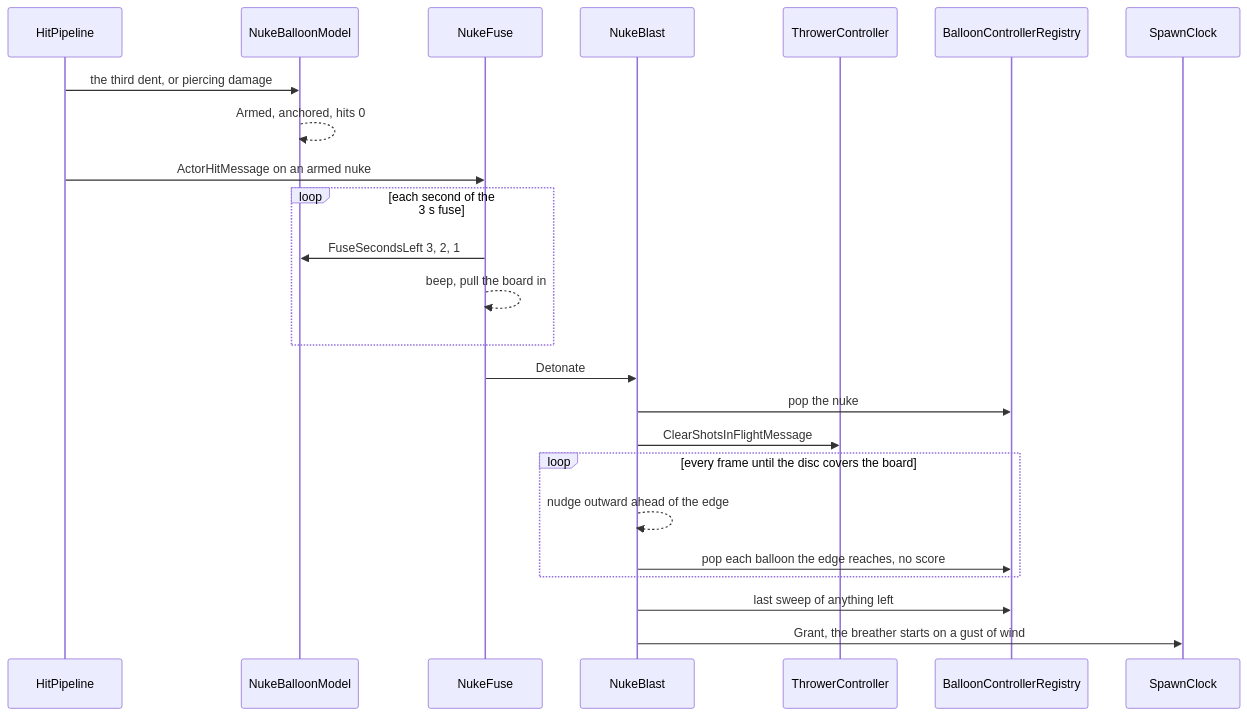
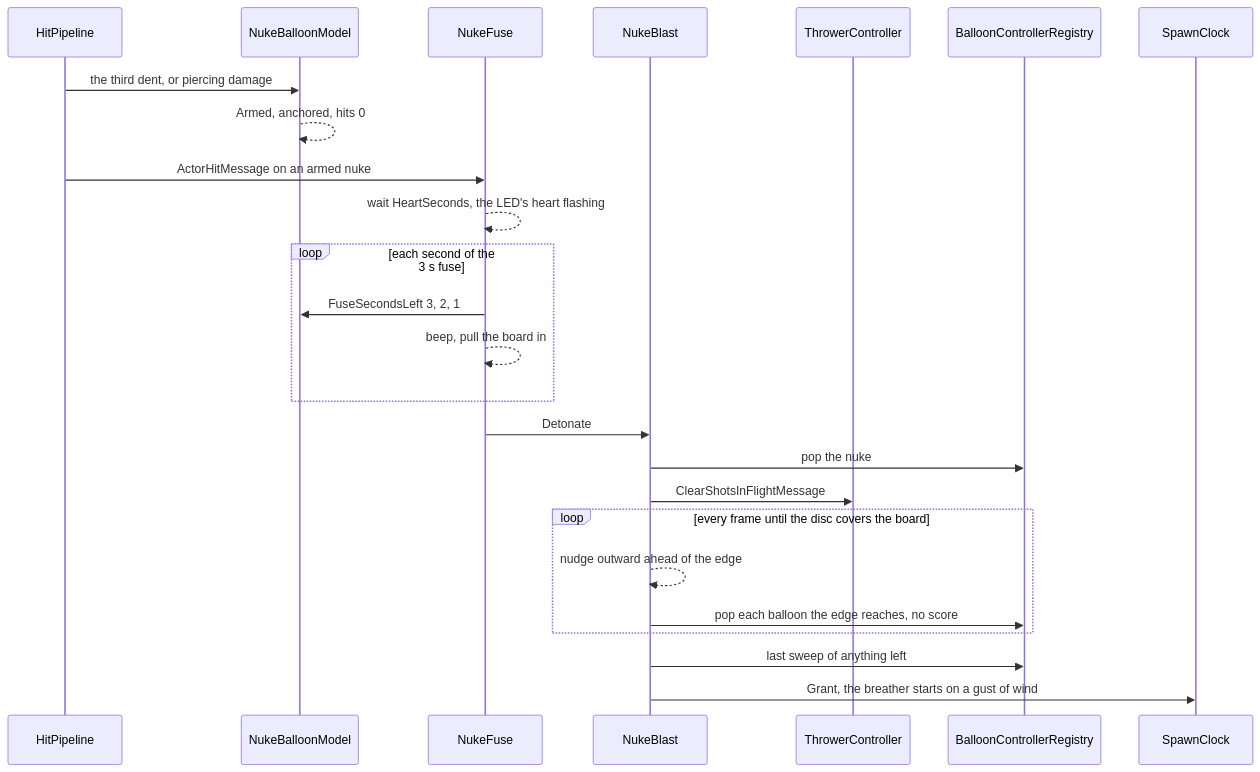
Before and after one commit to jose-villegas/BalloonParty: the diagram in Assets/Source/Plans/PLAN-NukeBalloon.md, drawn with Mermaid. The commit also changed other lines of this file and 9 other files, not shown here.

````diff
--- a/Assets/Source/Plans/PLAN-NukeBalloon.md
+++ b/Assets/Source/Plans/PLAN-NukeBalloon.md
@@ -78,26 +82,27 @@
 ```mermaid
 sequenceDiagram
     participant Hit as HitPipeline
     participant Model as NukeBalloonModel
     participant Fuse as NukeFuse
     participant Blast as NukeBlast
     participant Thrower as ThrowerController
     participant Registry as BalloonControllerRegistry
     participant Clock as SpawnClock
     Hit->>Model: the third dent, or piercing damage
     Model-->>Model: Armed, anchored, hits 0
     Hit->>Fuse: ActorHitMessage on an armed nuke
+    Fuse-->>Fuse: wait HeartSeconds, the LED's heart flashing
     loop each second of the 3 s fuse
         Fuse->>Model: FuseSecondsLeft 3, 2, 1
         Fuse-->>Fuse: beep, pull the board in
     end
     Fuse->>Blast: Detonate
     Blast->>Registry: pop the nuke
     Blast->>Thrower: ClearShotsInFlightMessage
     loop every frame until the disc covers the board
         Blast-->>Blast: nudge outward ahead of the edge
         Blast->>Registry: pop each balloon the edge reaches, no score
     end
     Blast->>Registry: last sweep of anything left
     Blast->>Clock: Grant, the breather starts on a gust of wind
 ```
````
